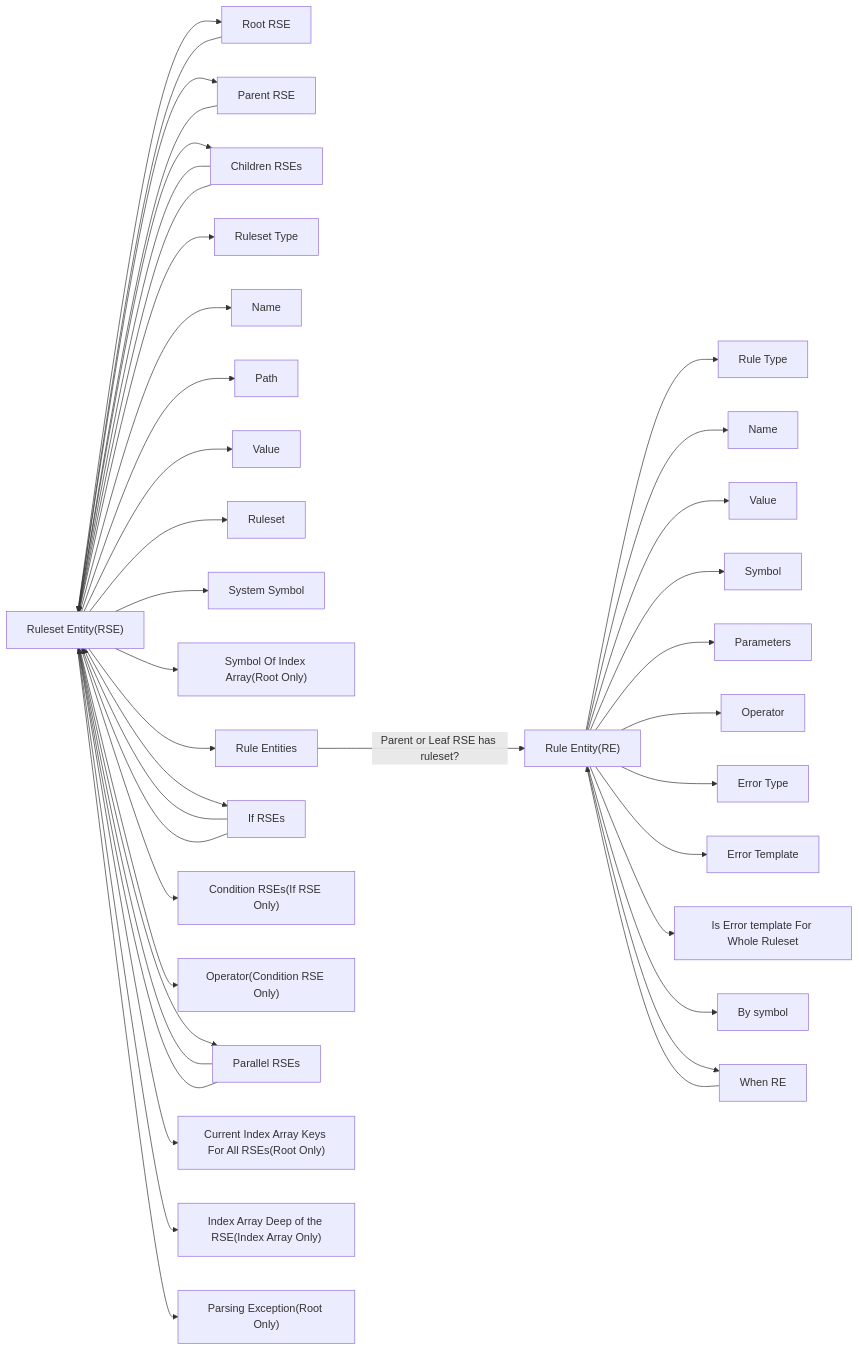
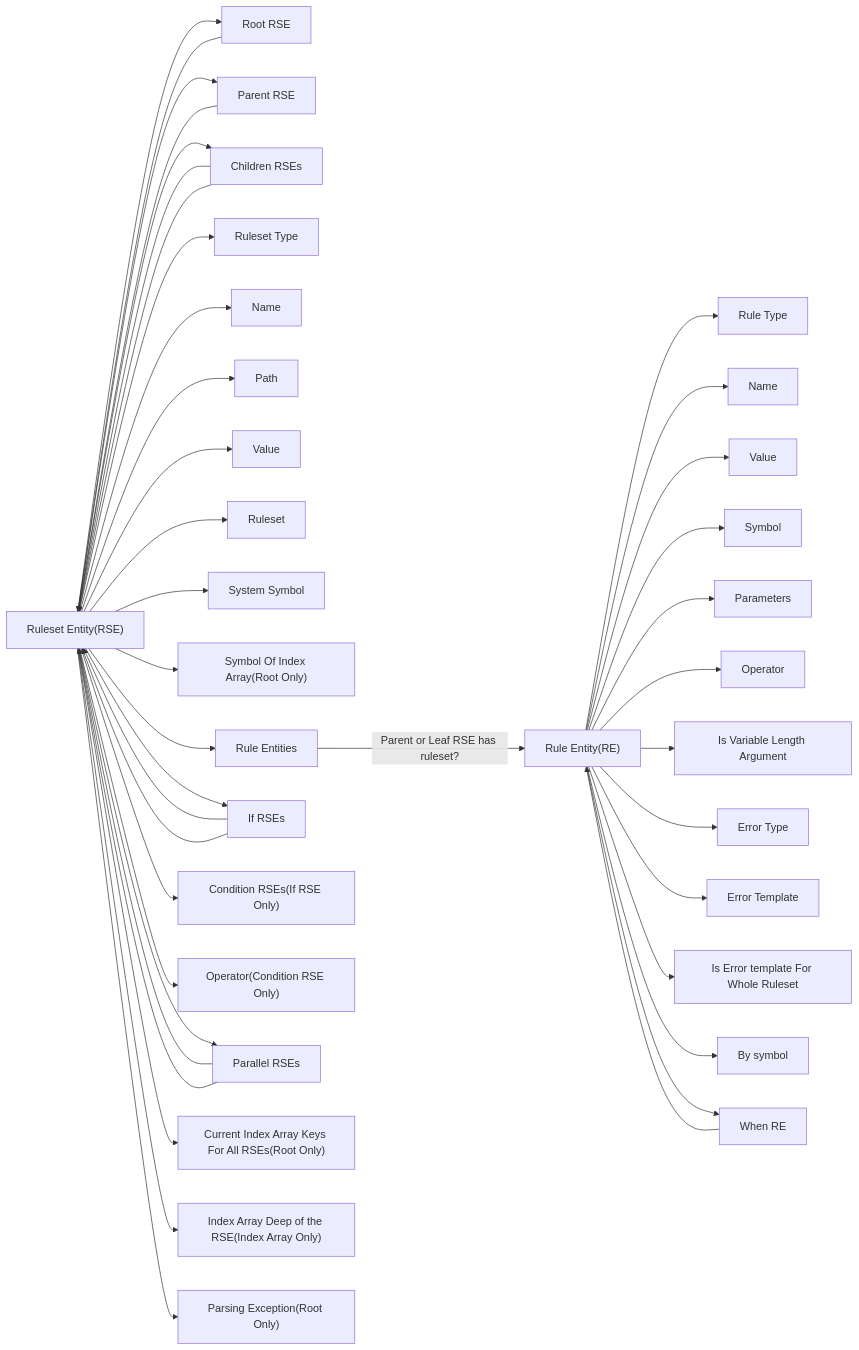
One commit to gitHusband/Validation changed the diagram in ENTITY.md. Above: the diagram before and after it, drawn with Mermaid. The commit also changed 7 other files, not shown here.

First line of the commit message:
#Optimize Change the way to indicate the variable-length parameter

````diff
--- a/ENTITY.md
+++ b/ENTITY.md
@@ -18,59 +18,60 @@
 ```mermaid
 flowchart LR
     %% rse_ruleset_type --x rse_rst_index_array{{RULESET_TYPE_INDEX_ARRAY}}
     %% rse_ruleset_type --x rse_rst_assoc_array{{RULESET_TYPE_ASSOC_ARRAY}}
     %% rse_ruleset_type --x rse_rst_leaf{{RULESET_TYPE_LEAF}}
     %% rse_ruleset_type --x rse_rst_leaf_parallel{{RULESET_TYPE_LEAF_PARALLEL}}
     %% rse_ruleset_type --x rse_rst_leaf_if{{RULESET_TYPE_LEAF_IF}}
     %% rse_ruleset_type --x rse_rst_leaf_condition{{RULESET_TYPE_LEAF_CONDITION}}
     %% rse_ruleset_type --x rse_rst_leaf_condition_serial{{RULESET_TYPE_LEAF_CONDITION_SERIAL}}
 
     %% re_rule_type --x re_rt_method{{RULE_TYPE_METHOD}}
     %% re_rule_type --x re_rt_preg{{RULE_TYPE_PREG}}
     %% re_rule_type --x re_rt_when{{RULE_TYPE_WHEN}}
     %% re_rule_type --x re_rt_when_not{{RULE_TYPE_WHEN_NOT}}
 
     RE["Rule Entity(RE)"] --> re_rule_type[Rule Type];
     RE --> re_name[Name];
     RE --> re_value[Value];
     RE --> re_symbol[Symbol];
     RE --> re_parameters[Parameters];
     RE --> re_operator[Operator];
+    RE --> re_is_variable_length_argument[Is Variable Length Argument];
     RE --> re_error_type[Error Type];
     RE --> re_error_template[Error Template];
     RE --> re_is_error_template_for_whole_ruleset[Is Error template For Whole Ruleset];
     RE --> re_by_symbol[By symbol];
     RE --> re_when_rule_entities[When RE];
 
     re_when_rule_entities --> RE
 
     RSE["Ruleset Entity(RSE)"] --> rse_root[Root RSE];
     RSE --> rse_parent[Parent RSE];
     RSE --> rse_children[Children RSEs];
     RSE --> rse_ruleset_type[Ruleset Type];
     RSE --> rse_name[Name];
     RSE --> rse_path[Path];
     RSE --> rse_value[Value];
     RSE --> rse_ruleset[Ruleset];
     RSE --> rse_system_symbol[System Symbol];
     RSE --> rse_symbol_index_array["Symbol Of Index Array(Root Only)"];
     RSE --> rse_rule_entities[Rule Entities];
     RSE --> rse_if_ruleset_entities[If RSEs];
     RSE --> rse_condition_ruleset_entities["Condition RSEs(If RSE Only)"];
     RSE --> rse_operator["Operator(Condition RSE Only)"];
     RSE --> rse_parallel_ruleset_entities[Parallel RSEs];
     RSE --> rse_index_array_keys["Current Index Array Keys For All RSEs(Root Only)"];
     RSE --> rse_index_array_deep["Index Array Deep of the RSE(Index Array Only)"];
     RSE --> rse_exception["Parsing Exception(Root Only)"];
 
     rse_root --> RSE
     rse_parent --> RSE
     rse_children --> RSE
     rse_children --> RSE
     rse_if_ruleset_entities --> RSE
     rse_if_ruleset_entities --> RSE
     rse_parallel_ruleset_entities --> RSE
     rse_parallel_ruleset_entities --> RSE
 
     rse_rule_entities -- Parent or Leaf RSE has ruleset? --> RE
 ```
````
